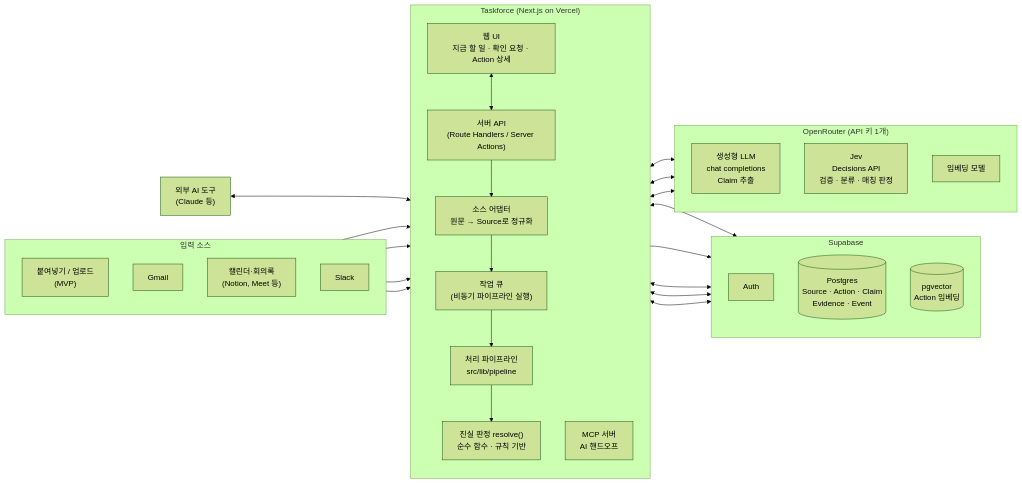
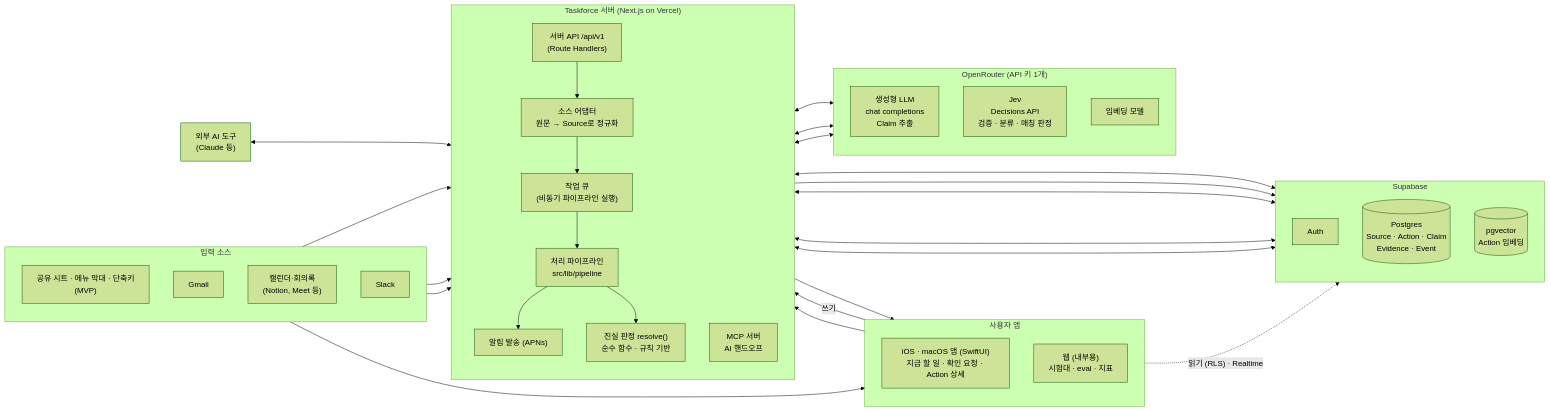
The first of 6 diagrams in docs/ARCHITECTURE.md (songch9511/taskforce-new), drawn with Mermaid (forest theme) before and after one commit. The commit also changed other lines of this file and 7 other files, not shown here.

First line of the commit message:
Document the iOS and macOS native app plan

````diff
--- a/docs/ARCHITECTURE.md
+++ b/docs/ARCHITECTURE.md
@@ -28,52 +28,61 @@
 ```mermaid
 flowchart LR
     subgraph IN["입력 소스"]
         direction TB
-        P["붙여넣기 / 업로드<br/>(MVP)"]
+        SH["공유 시트 · 메뉴 막대 · 단축키<br/>(MVP)"]
         G["Gmail"]
         C["캘린더·회의록<br/>(Notion, Meet 등)"]
         S["Slack"]
     end
 
-    subgraph APP["Taskforce (Next.js on Vercel)"]
+    subgraph CLIENT["사용자 앱"]
         direction TB
-        UI["웹 UI<br/>지금 할 일 · 확인 요청 · Action 상세"]
-        API["서버 API<br/>(Route Handlers / Server Actions)"]
+        APPS["iOS · macOS 앱 (SwiftUI)<br/>지금 할 일 · 확인 요청 · Action 상세"]
+        LAB["웹 (내부용)<br/>시험대 · eval · 지표"]
+    end
+
+    subgraph APP["Taskforce 서버 (Next.js on Vercel)"]
+        direction TB
+        API["서버 API /api/v1<br/>(Route Handlers)"]
+        PUSH["알림 발송 (APNs)"]
         ADP["소스 어댑터<br/>원문 → Source로 정규화"]
         Q["작업 큐<br/>(비동기 파이프라인 실행)"]
         PIPE["처리 파이프라인<br/>src/lib/pipeline"]
         RES["진실 판정 resolve()<br/>순수 함수 · 규칙 기반"]
         MCP["MCP 서버<br/>AI 핸드오프"]
     end
 
     subgraph DB["Supabase"]
         direction TB
         AUTH["Auth"]
         PG[("Postgres<br/>Source · Action · Claim<br/>Evidence · Event")]
         VEC[("pgvector<br/>Action 임베딩")]
     end
 
     subgraph OR["OpenRouter (API 키 1개)"]
         direction TB
         LLM["생성형 LLM<br/>chat completions<br/>Claim 추출"]
         JEV["Jev<br/>Decisions API<br/>검증 · 분류 · 매칭 판정"]
         EMB["임베딩 모델"]
     end
 
     EXT["외부 AI 도구<br/>(Claude 등)"]
 
-    P --> UI
+    SH --> APPS
     G & C & S --> ADP
-    UI <--> API
+    APPS -- "쓰기" --> API
+    APPS -. "읽기 (RLS) · Realtime" .-> PG
+    LAB --> API
     API --> ADP
+    PIPE --> PUSH --> APPS
     ADP --> Q --> PIPE
     PIPE <--> LLM
     PIPE <--> JEV
     PIPE <--> EMB
     PIPE <--> VEC
     PIPE --> RES --> PG
     API <--> PG
     API <--> AUTH
     MCP <--> PG
     EXT <--> MCP
 ```
````
